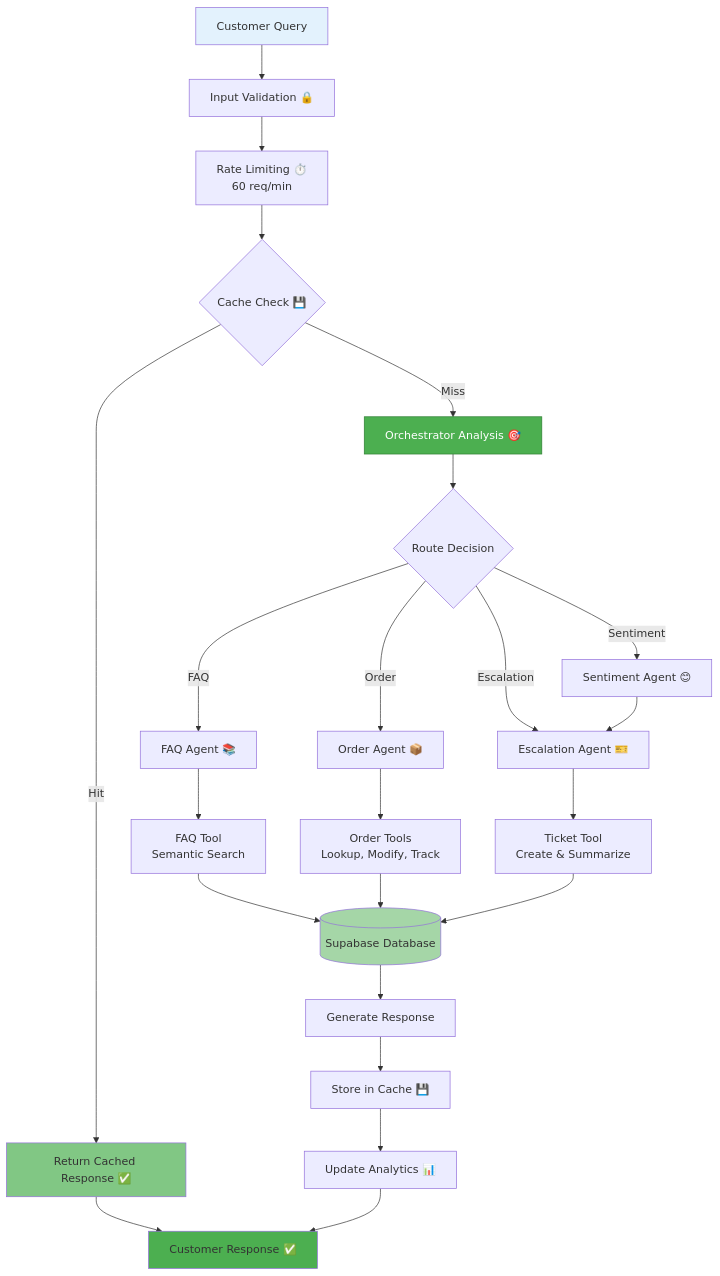
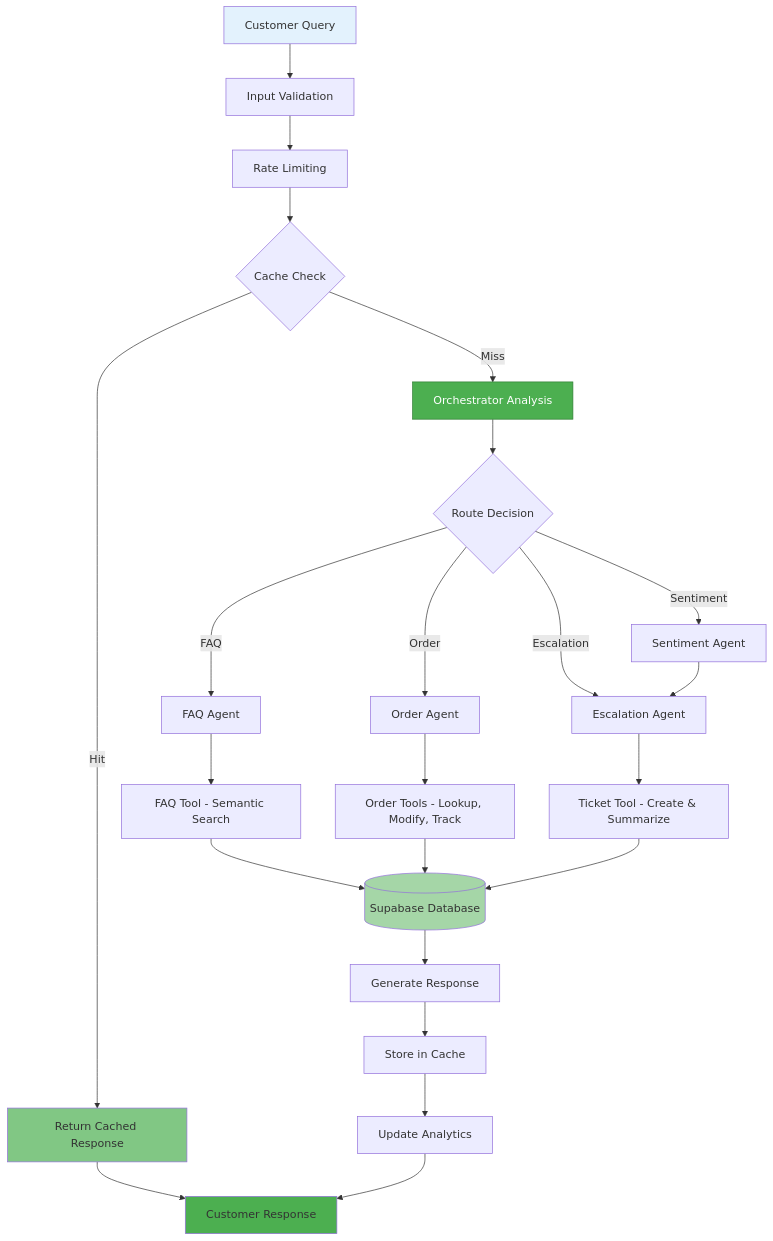
Before and after one commit to Rayyan-Oumlil/CustoFlow: the diagram in README.md, drawn with Mermaid. The commit also changed other lines of this file and 33 other files, not shown here.

````diff
--- a/README.md
+++ b/README.md
@@ -47,34 +47,34 @@
 ```mermaid
 flowchart TD
-    Start[Customer Query] --> Validate[Input Validation 🔒]
-    Validate --> RateLimit[Rate Limiting ⏱️<br/>60 req/min]
-    RateLimit --> Cache{Cache Check 💾}
-    Cache -->|Hit| CacheResponse[Return Cached Response ✅]
-    Cache -->|Miss| Orchestrator[Orchestrator Analysis 🎯]
+    Start[Customer Query] --> Validate[Input Validation]
+    Validate --> RateLimit[Rate Limiting]
+    RateLimit --> Cache{Cache Check}
+    Cache -->|Hit| CacheResponse[Return Cached Response]
+    Cache -->|Miss| Orchestrator[Orchestrator Analysis]
     Orchestrator --> Route{Route Decision}
-    Route -->|FAQ| FAQAgent[FAQ Agent 📚]
-    Route -->|Order| OrderAgent[Order Agent 📦]
-    Route -->|Sentiment| SentimentAgent[Sentiment Agent 😊]
-    Route -->|Escalation| EscalationAgent[Escalation Agent 🎫]
+    Route -->|FAQ| FAQAgent[FAQ Agent]
+    Route -->|Order| OrderAgent[Order Agent]
+    Route -->|Sentiment| SentimentAgent[Sentiment Agent]
+    Route -->|Escalation| EscalationAgent[Escalation Agent]
   
-    FAQAgent --> FAQTool[FAQ Tool<br/>Semantic Search]
-    OrderAgent --> OrderTools[Order Tools<br/>Lookup, Modify, Track]
+    FAQAgent --> FAQTool[FAQ Tool - Semantic Search]
+    OrderAgent --> OrderTools[Order Tools - Lookup, Modify, Track]
     SentimentAgent --> EscalationAgent
-    EscalationAgent --> TicketTool[Ticket Tool<br/>Create & Summarize]
+    EscalationAgent --> TicketTool[Ticket Tool - Create & Summarize]
   
     FAQTool --> Database[(Supabase Database)]
     OrderTools --> Database
     TicketTool --> Database
   
     Database --> Response[Generate Response]
-    CacheResponse --> User[Customer Response ✅]
-    Response --> Store[Store in Cache 💾]
-    Store --> Analytics[Update Analytics 📊]
+    CacheResponse --> User[Customer Response]
+    Response --> Store[Store in Cache]
+    Store --> Analytics[Update Analytics]
     Analytics --> User
   
     style Start fill:#E3F2FD
     style CacheResponse fill:#81C784
     style User fill:#4CAF50
     style Orchestrator fill:#4CAF50,stroke:#2E7D32,color:#fff
     style Database fill:#A5D6A7
 ```
````
